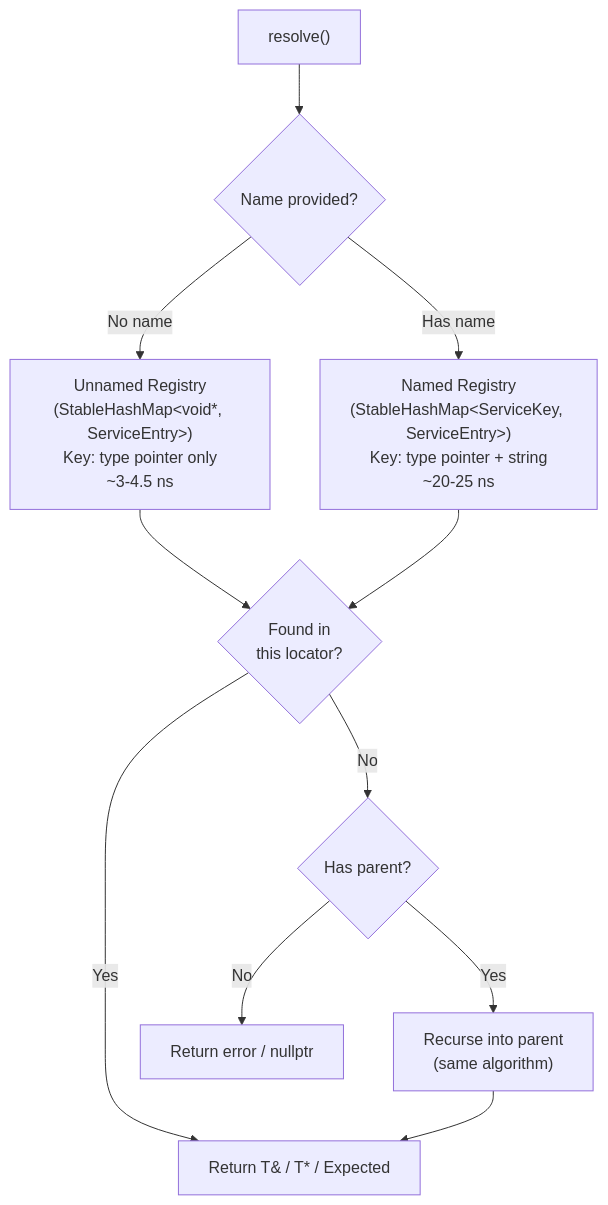
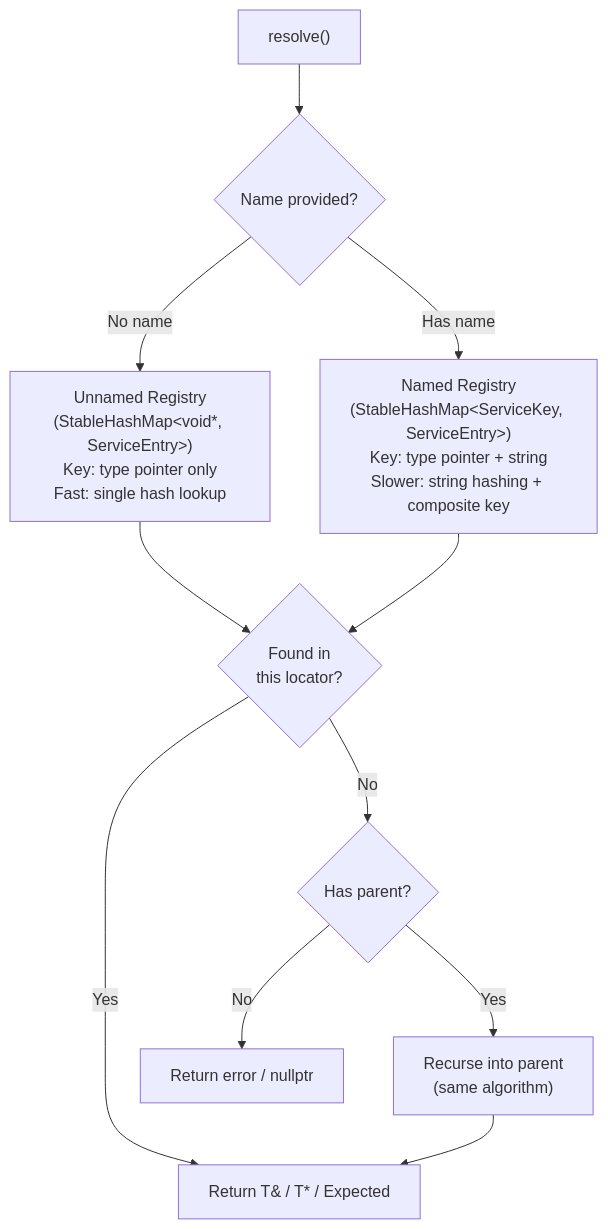
Before and after one commit to schroedermatthew/FatP: the first of 3 diagrams in components/ServiceLocator/docs/User Manual - ServiceLocator.md, drawn with Mermaid. The commit also changed other lines of this file and 25 other files, not shown here.

````diff
--- a/components/ServiceLocator/docs/User Manual - ServiceLocator.md
+++ b/components/ServiceLocator/docs/User Manual - ServiceLocator.md
@@ -164,23 +164,23 @@
 ```mermaid
 flowchart TD
     Resolve["resolve<ILogger>()"]
     Check{"Name provided?"}
-    Unnamed["Unnamed Registry<br/>(StableHashMap&lt;void*, ServiceEntry&gt;)<br/>Key: type pointer only<br/>~3-4.5 ns"]
-    Named["Named Registry<br/>(StableHashMap&lt;ServiceKey, ServiceEntry&gt;)<br/>Key: type pointer + string<br/>~20-25 ns"]
+    Unnamed["Unnamed Registry<br/>(StableHashMap&lt;void*, ServiceEntry&gt;)<br/>Key: type pointer only<br/>Fast: single hash lookup"]
+    Named["Named Registry<br/>(StableHashMap&lt;ServiceKey, ServiceEntry&gt;)<br/>Key: type pointer + string<br/>Slower: string hashing + composite key"]
     Found{"Found in<br/>this locator?"}
     Parent{"Has parent?"}
     ParentResolve["Recurse into parent<br/>(same algorithm)"]
     Result["Return T& / T* / Expected"]
     NotFound["Return error / nullptr"]
 
     Resolve --> Check
     Check -->|No name| Unnamed
     Check -->|Has name| Named
     Unnamed --> Found
     Named --> Found
     Found -->|Yes| Result
     Found -->|No| Parent
     Parent -->|Yes| ParentResolve
     ParentResolve --> Result
     Parent -->|No| NotFound
 ```
````
